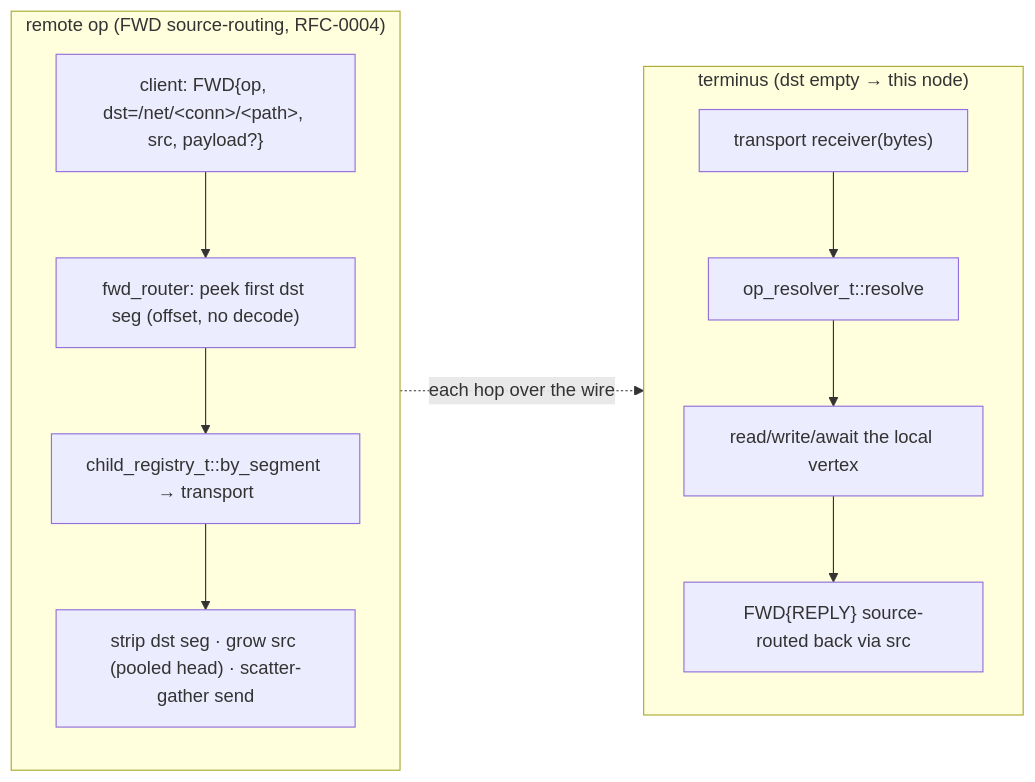
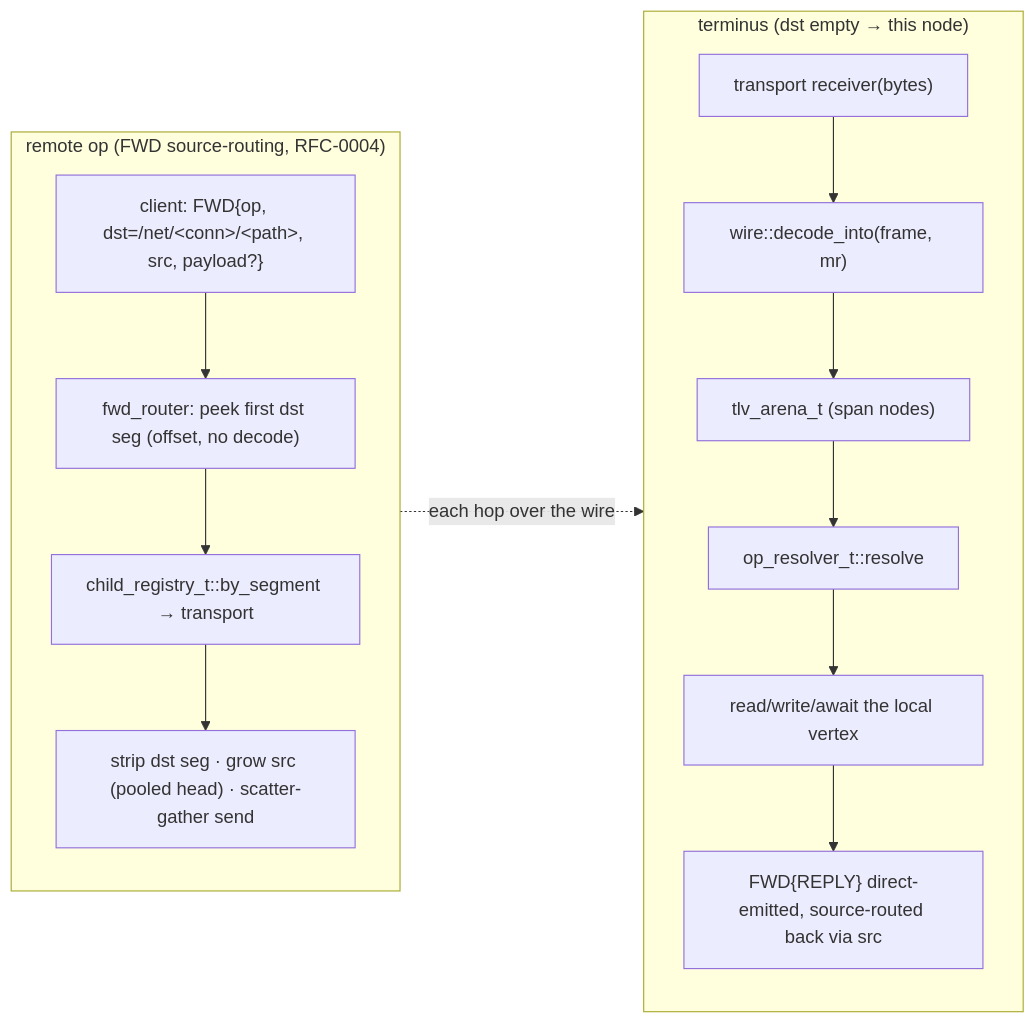
One commit to avatarsd-llc/libtracer changed the second of 2 diagrams in docs/modules/interface-map.md. Above: the diagram before and after it, drawn with Mermaid. The commit also changed other lines of this file and 22 other files, not shown here.

Commit message:
docs: published pages describe the current net plane only — FWD source-routing + ADR-0041 terminus arena

````diff
--- a/docs/modules/interface-map.md
+++ b/docs/modules/interface-map.md
@@ -48,16 +48,18 @@
 ```{mermaid}
 flowchart LR
     subgraph fwd["remote op (FWD source-routing, RFC-0004)"]
         direction TB
         W1["client: FWD{op, dst=/net/&lt;conn&gt;/&lt;path&gt;, src, payload?}"] --> W2["fwd_router: peek first dst seg (offset, no decode)"]
         W2 --> W3["child_registry_t::by_segment → transport"]
         W3 --> W4["strip dst seg · grow src (pooled head) · scatter-gather send"]
     end
     subgraph term["terminus (dst empty → this node)"]
         direction TB
-        R1["transport receiver(bytes)"] --> R2["op_resolver_t::resolve"]
+        R1["transport receiver(bytes)"] --> R1a["wire::decode_into(frame, mr)"]
+        R1a --> R1b["tlv_arena_t (span nodes)"]
+        R1b --> R2["op_resolver_t::resolve"]
         R2 --> R3["read/write/await the local vertex"]
-        R3 --> R4["FWD{REPLY} source-routed back via src"]
+        R3 --> R4["FWD{REPLY} direct-emitted, source-routed back via src"]
     end
     fwd -. "each hop over the wire" .-> term
 ```
````
